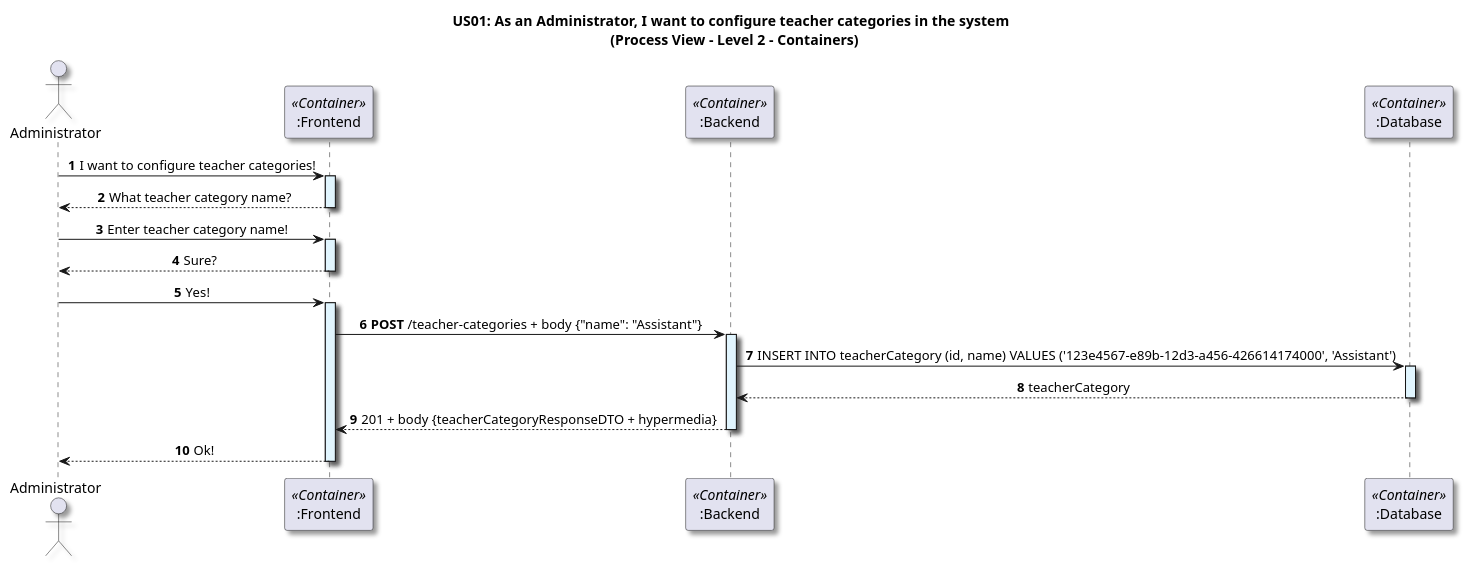
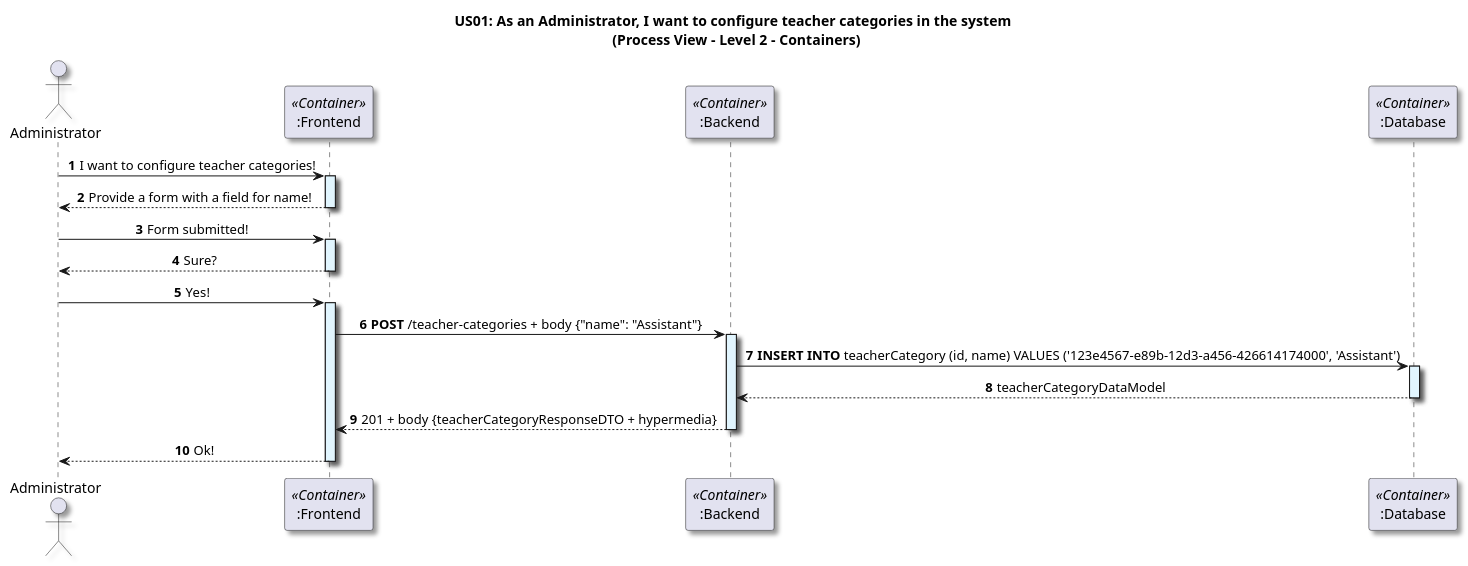
One commit to GasparISEP/DevOps-PAI changed the diagram in docs/US01/Sprint6_RestAPI/ProcessView/Level2.puml. Above: the diagram before and after it, drawn with PlantUML. The commit also changed 2 other files, not shown here.

```diff
--- a/docs/US01/Sprint6_RestAPI/ProcessView/Level2.puml
+++ b/docs/US01/Sprint6_RestAPI/ProcessView/Level2.puml
@@ -1,45 +1,44 @@
 @startuml
 
 title US01: As an Administrator, I want to configure teacher categories in the system \n (Process View - Level 2 - Containers)
 
 skinparam componentStyle component
 skinparam defaultTextAlignment center
 skinparam shadowing true
 
 autonumber
 
 actor Administrator as admin
 participant ":Frontend" as frontend <<Container>>
 participant ":Backend" as backend <<Container>>
 participant ":Database" as db <<Container>>
 
-
 admin -> frontend: I want to configure teacher categories!
 activate frontend #E1F5FE
-frontend --> admin: What teacher category name?
+frontend --> admin: Provide a form with a field for name!
 deactivate frontend
 
-admin -> frontend: Enter teacher category name!
+admin -> frontend: Form submitted!
 activate frontend #E1F5FE
 frontend --> admin: Sure?
 deactivate frontend
 
 admin -> frontend: Yes!
 activate frontend #E1F5FE
 
 frontend -> backend: **POST** /teacher-categories + body {"name": "Assistant"}
 activate backend #E1F5FE
 
-backend -> db: INSERT INTO teacherCategory (id, name) VALUES ('123e4567-e89b-12d3-a456-426614174000', 'Assistant')
+backend -> db: **INSERT INTO** teacherCategory (id, name) VALUES ('123e4567-e89b-12d3-a456-426614174000', 'Assistant')
 activate db #E1F5FE
 
-db --> backend: teacherCategory
+db --> backend: teacherCategoryDataModel
 deactivate db
 
 backend --> frontend: 201 + body {teacherCategoryResponseDTO + hypermedia}
 deactivate backend
 
 frontend --> admin  : Ok!
 deactivate frontend
 
 @enduml
```
